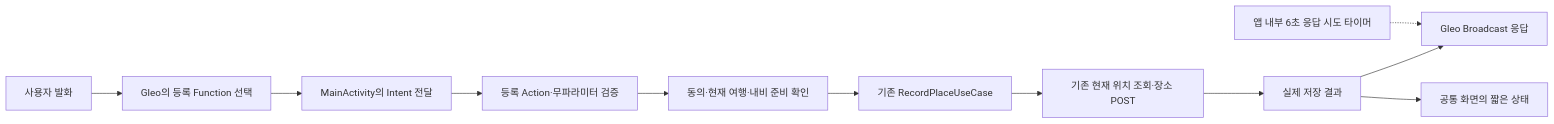
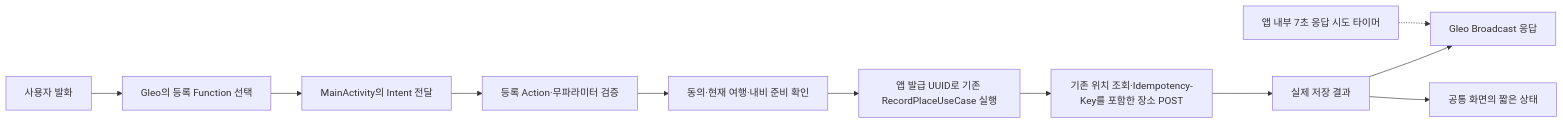
The diagram in docs/gleo/implementation.md (KANT-HYUNDAI-MOTOR-VEHICLE-APP/travel-crumbs), drawn with Mermaid before and after one commit. The commit also changed other lines of this file and 36 other files, not shown here.

````diff
--- a/docs/gleo/implementation.md
+++ b/docs/gleo/implementation.md
@@ -7,13 +7,13 @@
 ```mermaid
 flowchart LR
     A[사용자 발화] --> B[Gleo의 등록 Function 선택]
     B --> C[MainActivity의 Intent 전달]
     C --> D[등록 Action·무파라미터 검증]
     D --> E[동의·현재 여행·내비 준비 확인]
-    E --> F[기존 RecordPlaceUseCase]
-    F --> G[기존 현재 위치 조회·장소 POST]
+    E --> F[앱 발급 UUID로 기존 RecordPlaceUseCase 실행]
+    F --> G[기존 위치 조회·Idempotency-Key를 포함한 장소 POST]
     G --> H[실제 저장 결과]
     H --> I[Gleo Broadcast 응답]
     H --> J[공통 화면의 짧은 상태]
-    K[앱 내부 6초 응답 시도 타이머] -.-> I
+    K[앱 내부 7초 응답 시도 타이머] -.-> I
 ```
````
